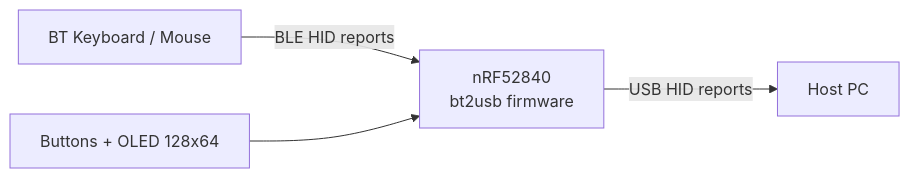
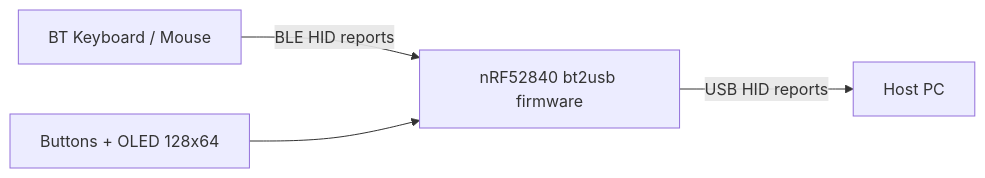
Before and after one commit to chefzaid/bt2usb: the first of 4 diagrams in README.md, drawn with Mermaid.

Commit message:
Updated REAMDE

````diff
--- a/README.md
+++ b/README.md
@@ -5,6 +5,6 @@
 ```mermaid
 flowchart LR
-    BT["BT Keyboard / Mouse"] -->|BLE HID reports| FW["nRF52840\nbt2usb firmware"]
+    BT["BT Keyboard / Mouse"] -->|BLE HID reports| FW["nRF52840 bt2usb firmware"]
     FW -->|USB HID reports| HOST["Host PC"]
     UI["Buttons + OLED 128x64"] --> FW
 ```
````
